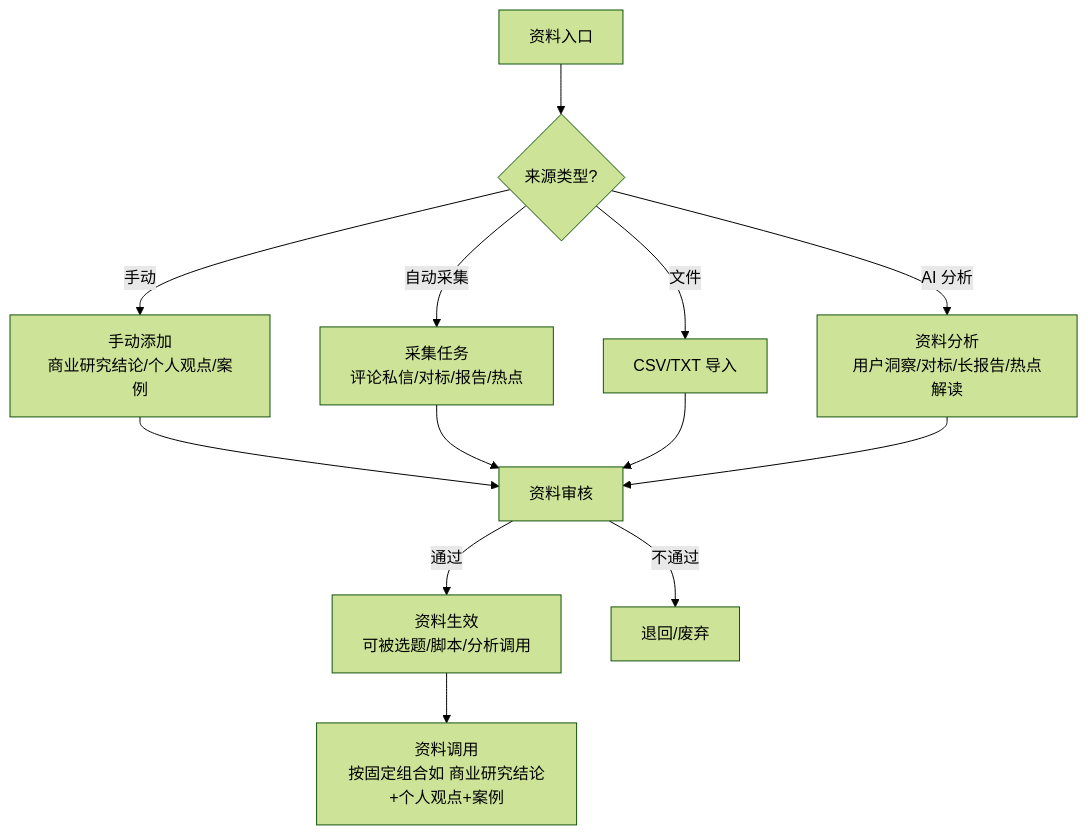
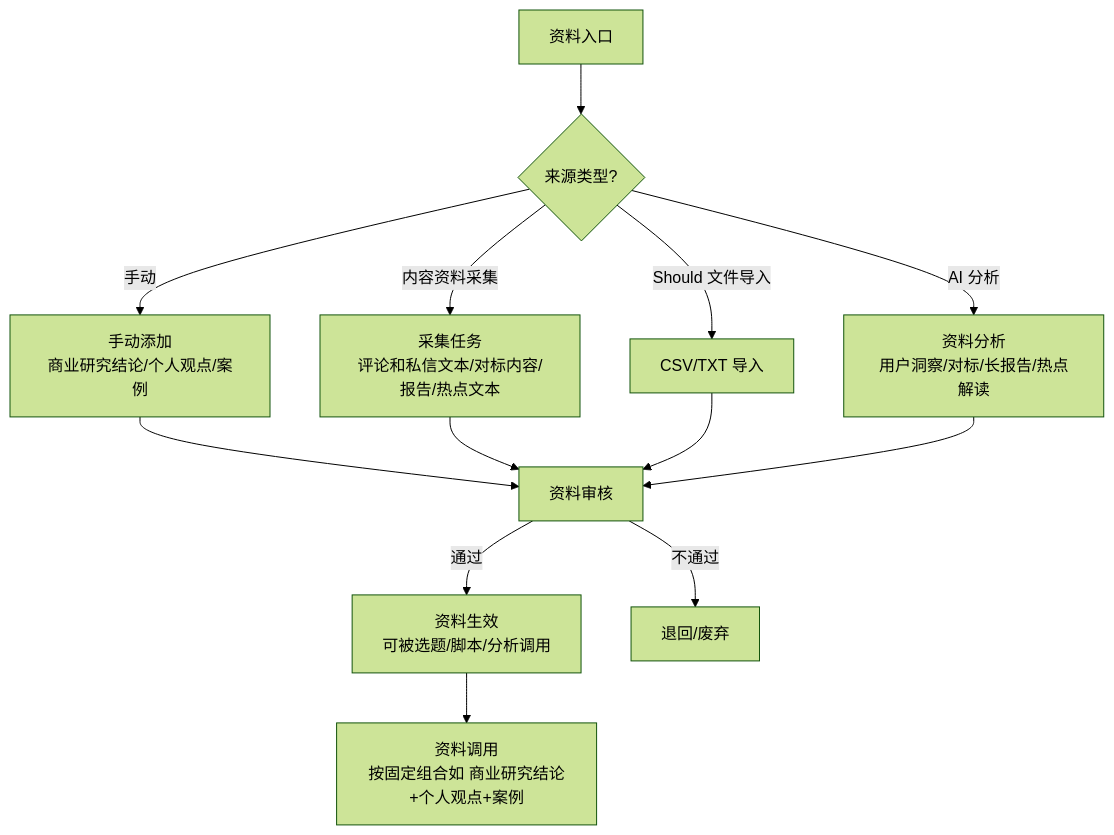
The second of 5 diagrams in context/02-核心业务流程.md (lophyJessica/forge-scrm), drawn with Mermaid (forest theme) before and after one commit. The commit also changed other lines of this file and 18 other files, not shown here.

Commit message:
docs: 修复审计27项(P0x9/P1x13/P2x5)——口径统一/审核入口/一期权限/Schema对齐

````diff
--- a/context/02-核心业务流程.md
+++ b/context/02-核心业务流程.md
@@ -27,15 +27,15 @@
 ```mermaid
 flowchart TD
     A[资料入口] --> B{来源类型?}
     B -->|手动| C[手动添加<br/>商业研究结论/个人观点/案例]
-    B -->|自动采集| D[采集任务<br/>评论私信/对标/报告/热点]
-    B -->|文件| E[CSV/TXT 导入]
+    B -->|内容资料采集| D[采集任务<br/>评论和私信文本/对标内容/报告/热点文本]
+    B -->|Should 文件导入| E[CSV/TXT 导入]
     B -->|AI 分析| F[资料分析<br/>用户洞察/对标/长报告/热点解读]
     C --> G[资料审核]
     D --> G
     E --> G
     F --> G
     G -->|通过| H[资料生效<br/>可被选题/脚本/分析调用]
     G -->|不通过| I[退回/废弃]
     H --> J[资料调用<br/>按固定组合如 商业研究结论+个人观点+案例]
 ```
````
